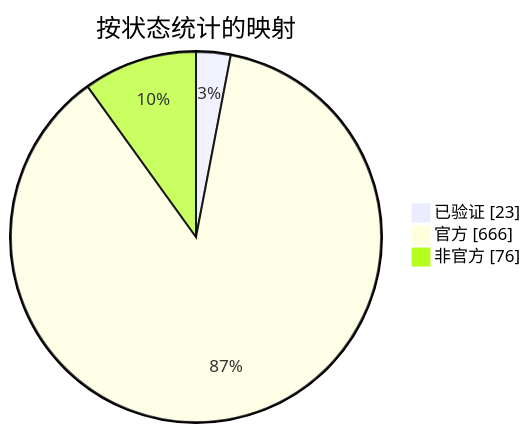
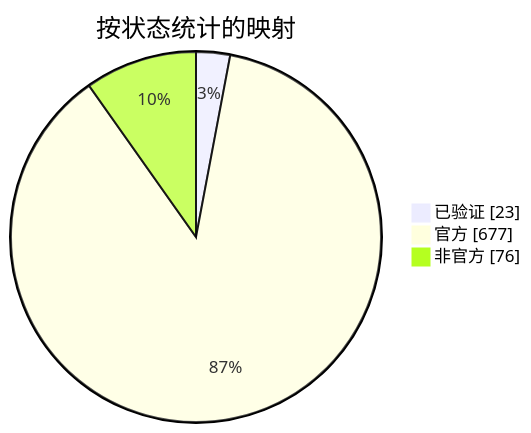
The diagram in docs/readme/README_ZHS.md (nobrega8/mbmap-library), drawn with Mermaid before and after one commit. The commit also changed 16 other files, not shown here.

````diff
--- a/docs/readme/README_ZHS.md
+++ b/docs/readme/README_ZHS.md
@@ -54,7 +54,7 @@
 ```mermaid
 pie showData
     title 按状态统计的映射
     "已验证" : 23
-    "官方" : 666
+    "官方" : 677
     "非官方" : 76
 ```
````
